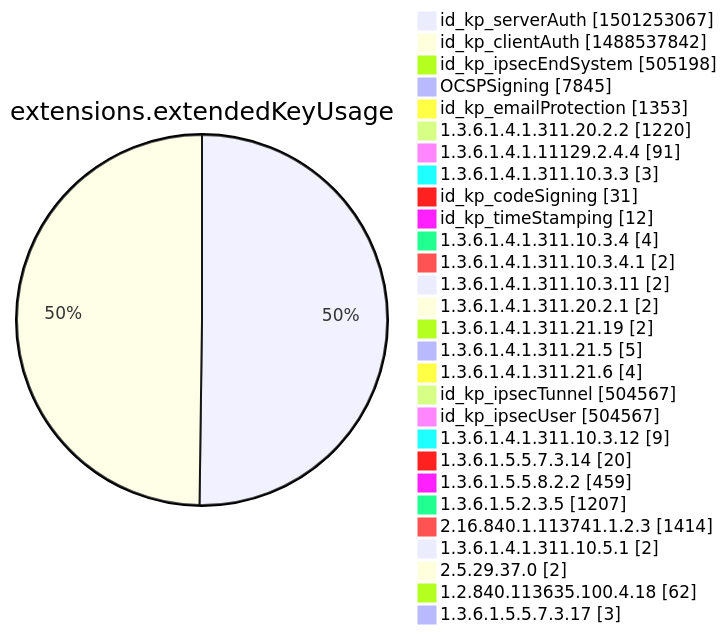
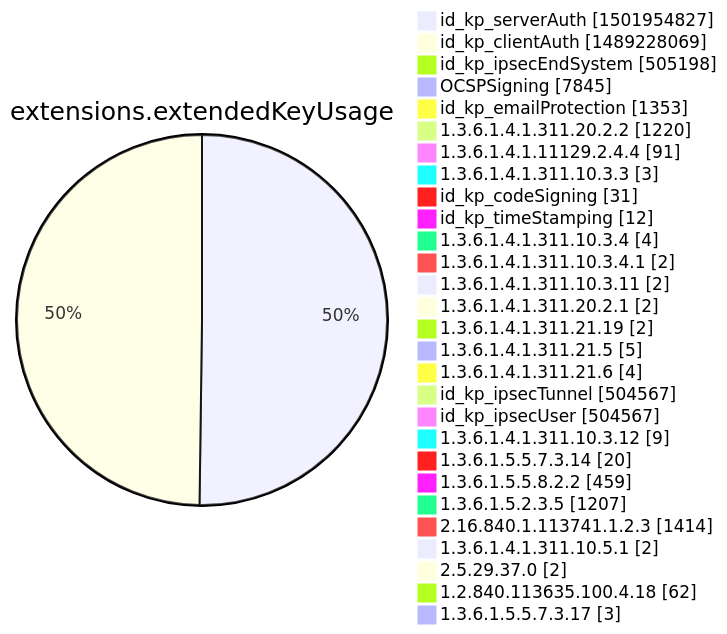
One commit to christiankrug/ctmonitor_visualization changed diagram 12 of 15 in xenon2022/README.md. Above: the diagram before and after it, drawn with Mermaid. The commit also changed other lines of this file, not shown here.

````diff
--- a/xenon2022/README.md
+++ b/xenon2022/README.md
@@ -3875,32 +3875,32 @@
 ```mermaid
 pie showData
 title extensions.extendedKeyUsage
-"id_kp_serverAuth" :1501253067
-"id_kp_clientAuth" :1488537842
+"id_kp_serverAuth" :1501954827
+"id_kp_clientAuth" :1489228069
 "id_kp_ipsecEndSystem" :505198
 "OCSPSigning" :7845
 "id_kp_emailProtection" :1353
 "1.3.6.1.4.1.311.20.2.2" :1220
 "1.3.6.1.4.1.11129.2.4.4" :91
 "1.3.6.1.4.1.311.10.3.3" :3
 "id_kp_codeSigning" :31
 "id_kp_timeStamping" :12
 "1.3.6.1.4.1.311.10.3.4" :4
 "1.3.6.1.4.1.311.10.3.4.1" :2
 "1.3.6.1.4.1.311.10.3.11" :2
 "1.3.6.1.4.1.311.20.2.1" :2
 "1.3.6.1.4.1.311.21.19" :2
 "1.3.6.1.4.1.311.21.5" :5
 "1.3.6.1.4.1.311.21.6" :4
 "id_kp_ipsecTunnel" :504567
 "id_kp_ipsecUser" :504567
 "1.3.6.1.4.1.311.10.3.12" :9
 "1.3.6.1.5.5.7.3.14" :20
 "1.3.6.1.5.5.8.2.2" :459
 "1.3.6.1.5.2.3.5" :1207
 "2.16.840.1.113741.1.2.3" :1414
 "1.3.6.1.4.1.311.10.5.1" :2
 "2.5.29.37.0" :2
 "1.2.840.113635.100.4.18" :62
 "1.3.6.1.5.5.7.3.17" :3
 ```
````
